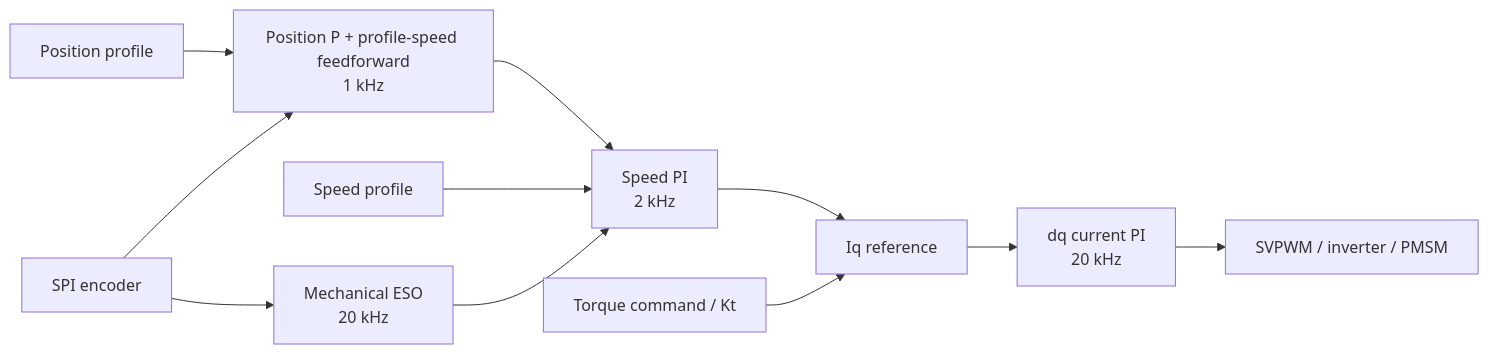
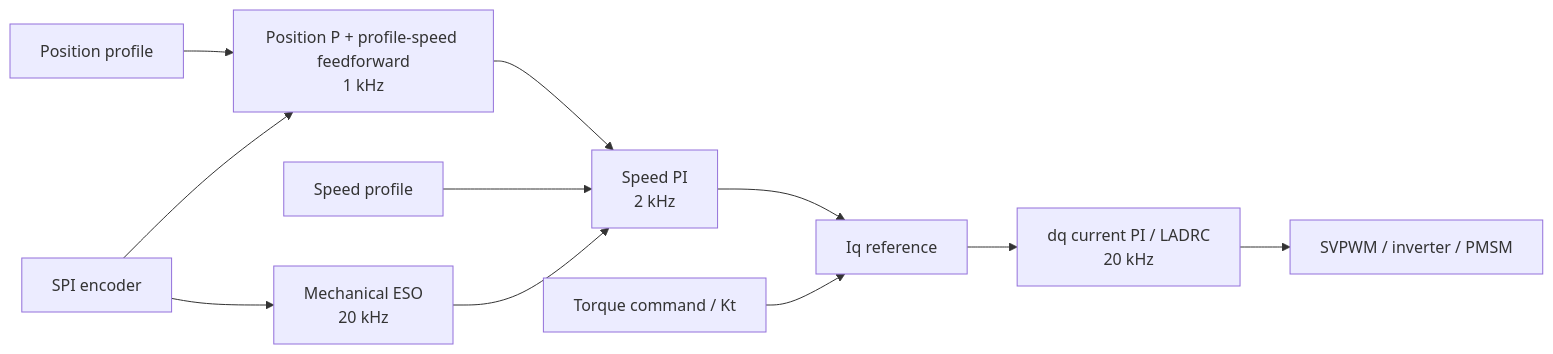
Before and after one commit to BJKJKZHOU/AxDr_L_Motor: the diagram in docs/README.en.md, drawn with Mermaid. The commit also changed other lines of this file and 22 other files, not shown here.

```diff
--- a/docs/README.en.md
+++ b/docs/README.en.md
@@ -24,13 +34,13 @@
 ~~~mermaid
 flowchart LR
     P["Position profile"] --> PC["Position P + profile-speed feedforward<br/>1 kHz"]
     E["SPI encoder"] --> PC
     E --> ESO["Mechanical ESO<br/>20 kHz"]
     PC --> SC["Speed PI<br/>2 kHz"]
     S["Speed profile"] --> SC
     ESO --> SC
     SC --> IQ["Iq reference"]
     T["Torque command / Kt"] --> IQ
-    IQ --> CC["dq current PI<br/>20 kHz"]
+    IQ --> CC["dq current PI / LADRC<br/>20 kHz"]
     CC --> M["SVPWM / inverter / PMSM"]
 ~~~
```
